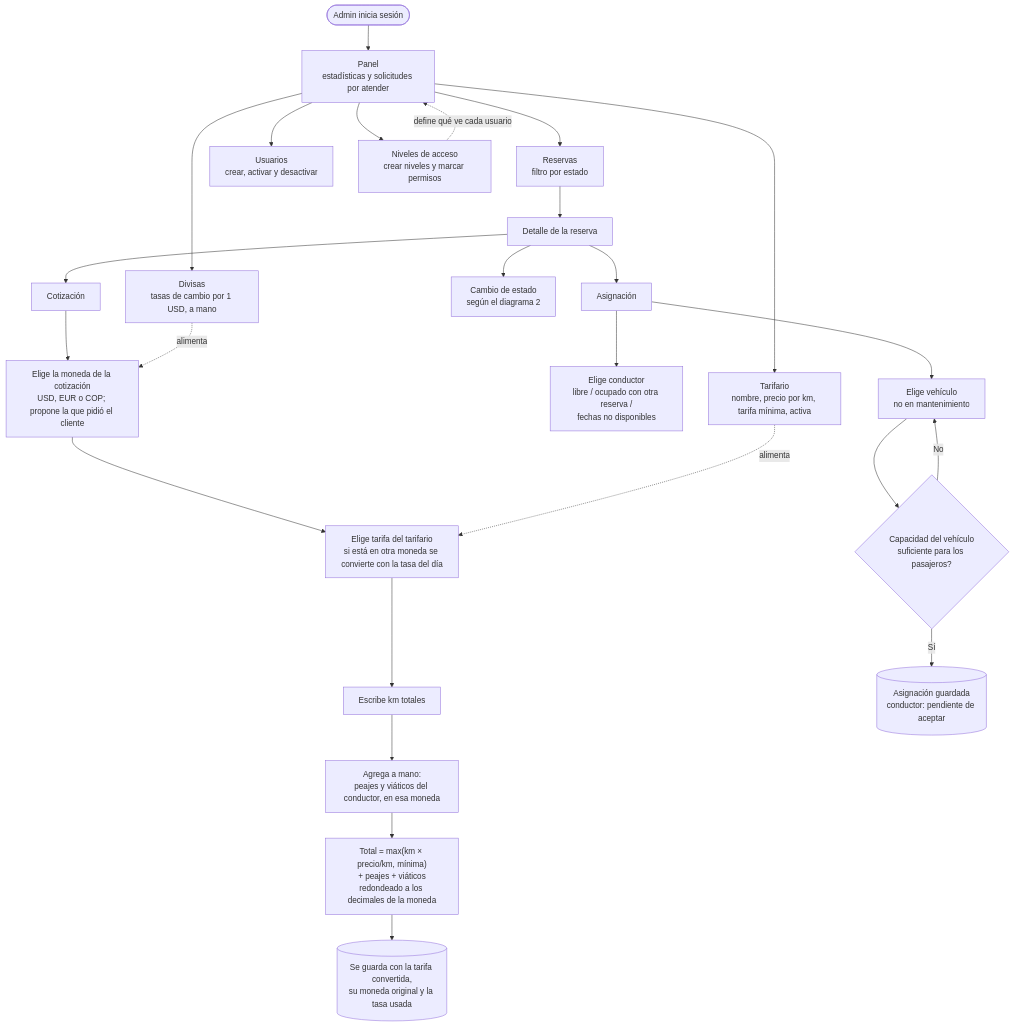
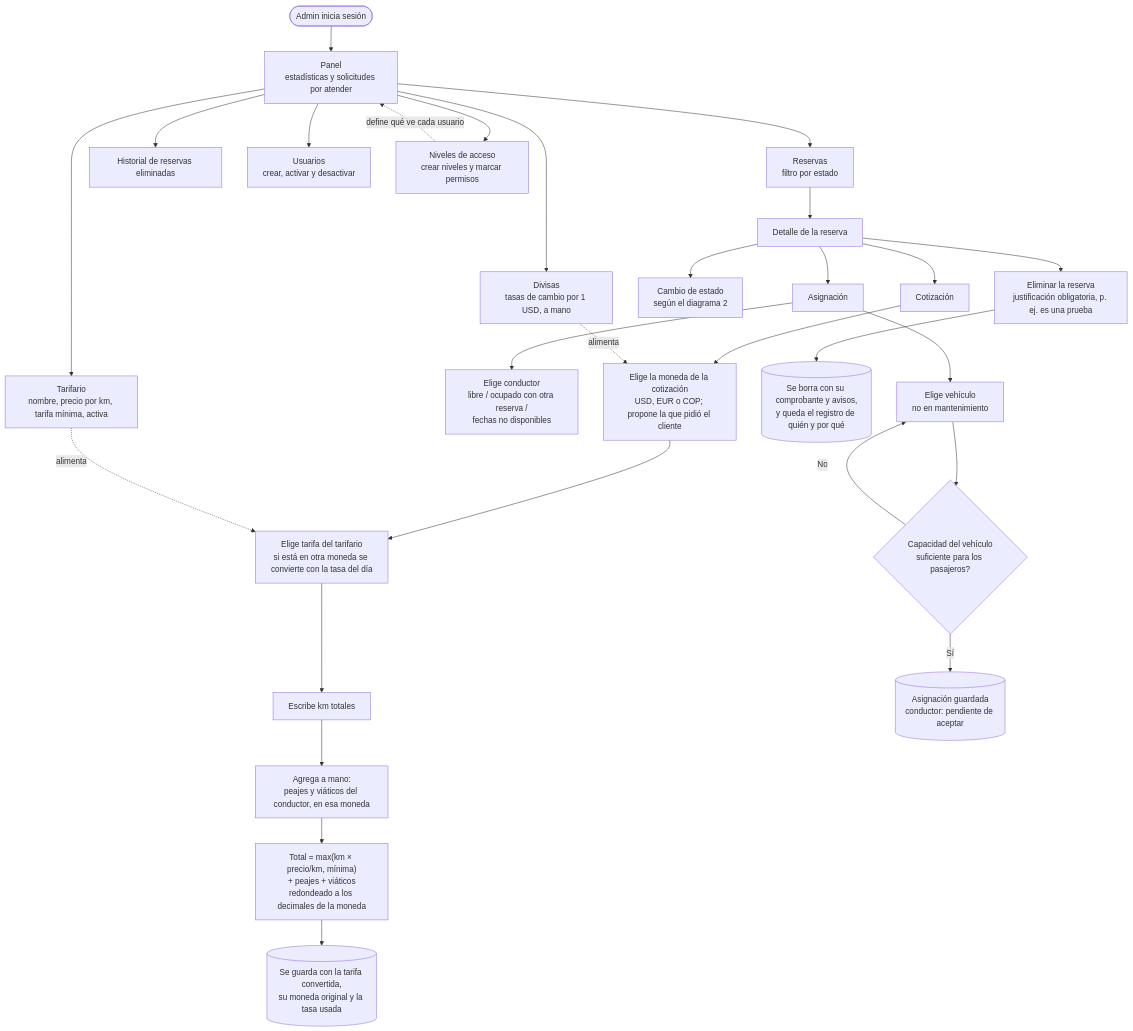
The fourth of 6 diagrams in DIAGRAMA-FLUJO.md (RafaG86/ProyectoDSB), drawn with Mermaid before and after one commit. The commit also changed other lines of this file and 23 other files, not shown here.

````diff
--- a/DIAGRAMA-FLUJO.md
+++ b/DIAGRAMA-FLUJO.md
@@ -127,33 +134,36 @@
 ```mermaid
 flowchart TD
     A([Admin inicia sesión]) --> B[Panel<br/>estadísticas y solicitudes por atender]
 
     B --> R[Reservas<br/>filtro por estado]
     R --> D[Detalle de la reserva]
 
     D --> Q[Cotización]
     Q --> Q0[Elige la moneda de la cotización<br/>USD, EUR o COP; propone la que pidió el cliente]
     Q0 --> Q1[Elige tarifa del tarifario<br/>si está en otra moneda se convierte con la tasa del día]
     Q1 --> Q2[Escribe km totales]
     Q2 --> Q3[Agrega a mano:<br/>peajes y viáticos del conductor, en esa moneda]
     Q3 --> Q4["Total = max(km × precio/km, mínima)<br/>+ peajes + viáticos<br/>redondeado a los decimales de la moneda"]
     Q4 --> Q5[(Se guarda con la tarifa convertida,<br/>su moneda original y la tasa usada)]
 
     D --> S[Asignación]
     S --> S1[Elige conductor<br/>libre / ocupado con otra reserva /<br/>fechas no disponibles]
     S --> S2[Elige vehículo<br/>no en mantenimiento]
     S2 --> S3{Capacidad del vehículo<br/>suficiente para los pasajeros?}
     S3 -->|No| S2
     S3 -->|Sí| S4[(Asignación guardada<br/>conductor: pendiente de aceptar)]
 
     D --> E[Cambio de estado<br/>según el diagrama 2]
+    D --> X[Eliminar la reserva<br/>justificación obligatoria, p. ej. es una prueba]
+    X --> X2[(Se borra con su comprobante y avisos,<br/>y queda el registro de quién y por qué)]
+    B --> X3[Historial de reservas eliminadas]
 
     B --> T[Tarifario<br/>nombre, precio por km, tarifa mínima, activa]
     B --> DV[Divisas<br/>tasas de cambio por 1 USD, a mano]
     B --> U[Usuarios<br/>crear, activar y desactivar]
     B --> N[Niveles de acceso<br/>crear niveles y marcar permisos]
 
     T -.->|alimenta| Q1
     DV -.->|alimenta| Q0
     N -.->|define qué ve cada usuario| B
 ```
````
